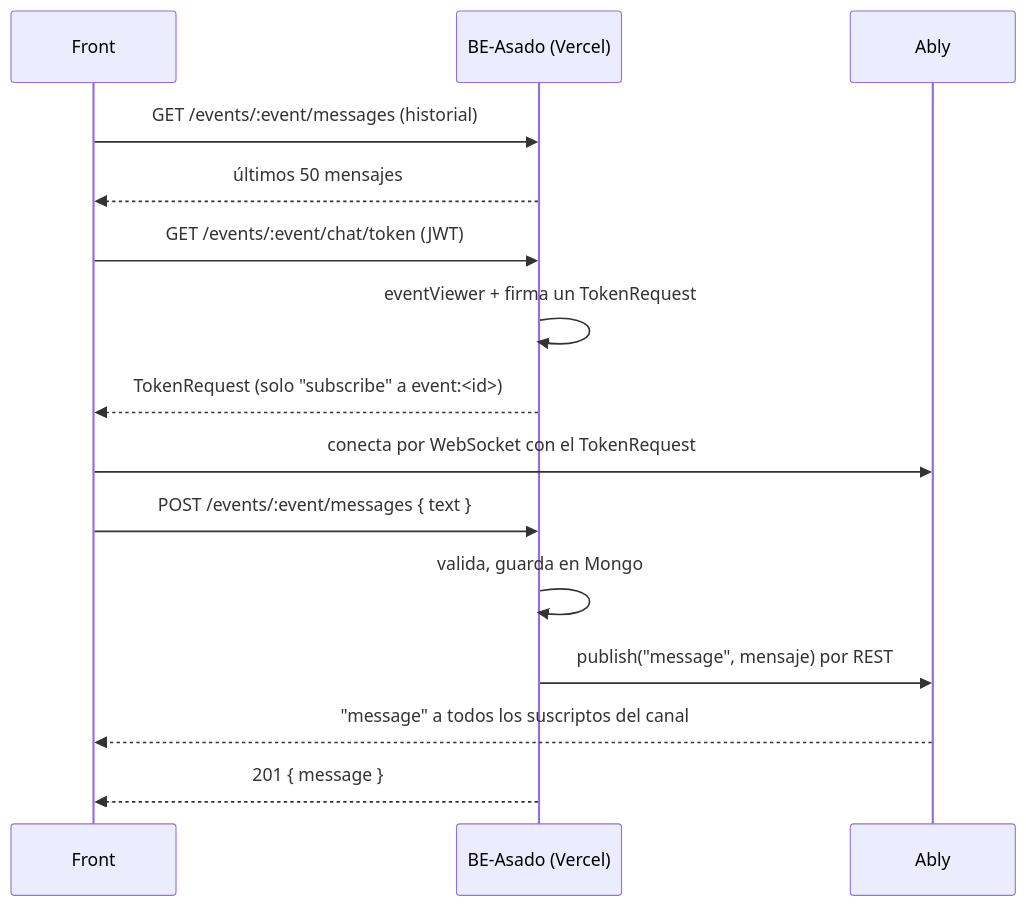
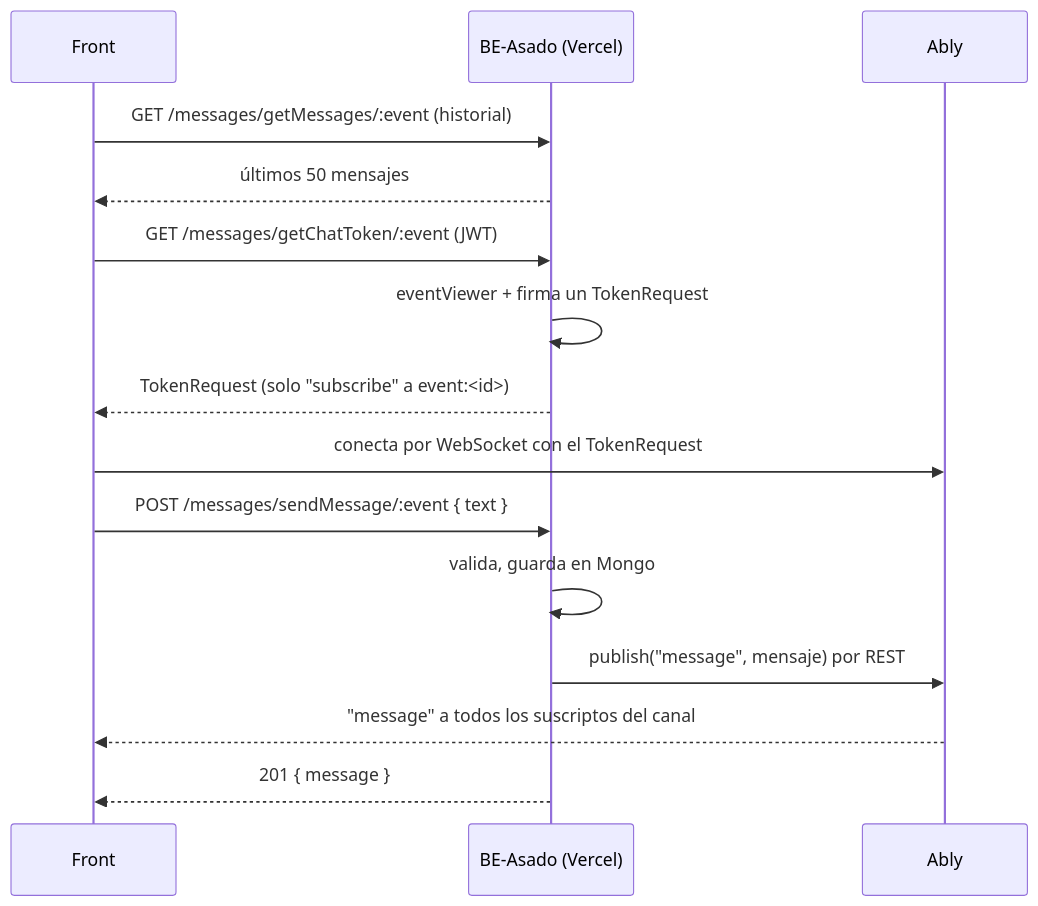
One commit to IgnacioCurti/BE-Asado changed the diagram in CHAT_FEATURE.md. Above: the diagram before and after it, drawn with Mermaid. The commit also changed other lines of this file and 9 other files, not shown here.

Commit message:
Add endpoints to read and send event chat messages (chat step 2)

````diff
--- a/CHAT_FEATURE.md
+++ b/CHAT_FEATURE.md
@@ -78,17 +78,17 @@
 ```mermaid
 sequenceDiagram
     participant F as Front
     participant A as BE-Asado (Vercel)
     participant Ab as Ably
-    F->>A: GET /events/:event/messages (historial)
+    F->>A: GET /messages/getMessages/:event (historial)
     A-->>F: últimos 50 mensajes
-    F->>A: GET /events/:event/chat/token (JWT)
+    F->>A: GET /messages/getChatToken/:event (JWT)
     A->>A: eventViewer + firma un TokenRequest
     A-->>F: TokenRequest (solo "subscribe" a event:<id>)
     F->>Ab: conecta por WebSocket con el TokenRequest
-    F->>A: POST /events/:event/messages { text }
+    F->>A: POST /messages/sendMessage/:event { text }
     A->>A: valida, guarda en Mongo
     A->>Ab: publish("message", mensaje) por REST
     Ab-->>F: "message" a todos los suscriptos del canal
     A-->>F: 201 { message }
 ```
````
